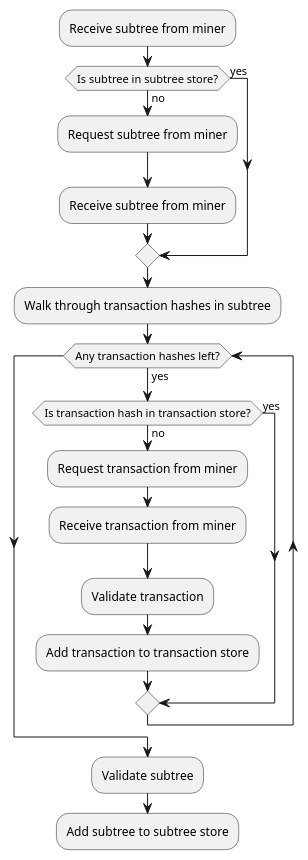
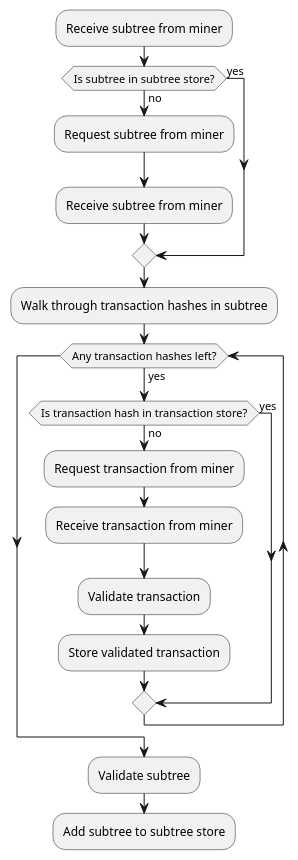
One commit to freemans13/teranode changed the diagram in docs/subtree3.puml. Above: the diagram before and after it, drawn with PlantUML. The commit also changed 23 other files, not shown here.

```diff
--- a/docs/subtree3.puml
+++ b/docs/subtree3.puml
@@ -1,26 +1,26 @@
 @startuml
 
 :Receive subtree from miner;
 
 if (Is subtree in subtree store?) then (yes)
 else (no)
   :Request subtree from miner;
   :Receive subtree from miner;
 endif
 
 :Walk through transaction hashes in subtree;
 
 while (Any transaction hashes left?) is (yes)
   if (Is transaction hash in transaction store?) then (yes)
   else (no)
     :Request transaction from miner;
     :Receive transaction from miner;
     :Validate transaction;
-    :Add transaction to transaction store;
+    :Store validated transaction;
   endif
 endwhile
 
 :Validate subtree;
 :Add subtree to subtree store;
 
 @enduml
```
